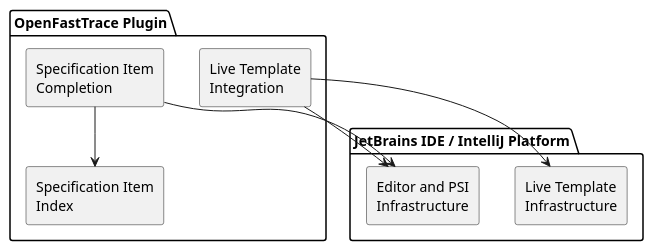
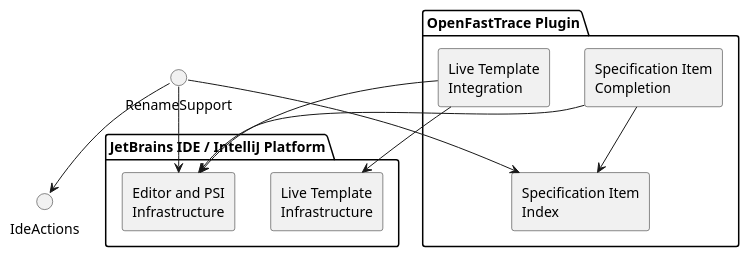
One commit to itsallcode/openfasttrace-intellij-plugin changed the third of 7 diagrams in doc/design/building_block_view.md. Above: the diagram before and after it, drawn with PlantUML. The commit also changed other lines of this file and 45 other files, not shown here.

````diff
--- a/doc/design/building_block_view.md
+++ b/doc/design/building_block_view.md
@@ -76,21 +76,24 @@
 ```plantuml
 @startuml
 skinparam componentStyle rectangle
 
 package "JetBrains IDE / IntelliJ Platform" {
   component "Editor and PSI\nInfrastructure" as IdeEditor
   component "Live Template\nInfrastructure" as IdeLiveTemplates
 }
 
 package "OpenFastTrace Plugin" {
   component "Specification Item\nIndex" as SpecIndex
   component "Specification Item\nCompletion" as CompletionSupport
   component "Live Template\nIntegration" as LiveTemplateSupport
 }
 
 CompletionSupport --> SpecIndex
 CompletionSupport --> IdeEditor
+RenameSupport --> SpecIndex
+RenameSupport --> IdeEditor
+RenameSupport --> IdeActions
 LiveTemplateSupport --> IdeLiveTemplates
 LiveTemplateSupport --> IdeEditor
 @enduml
 ```
````
